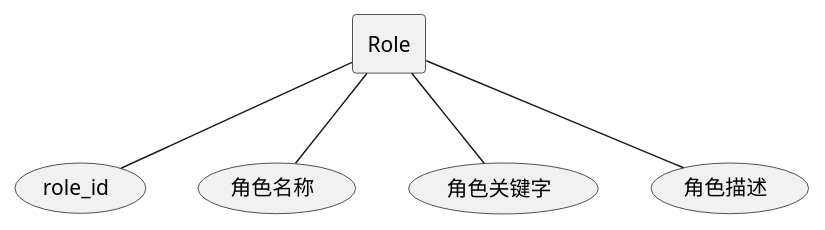
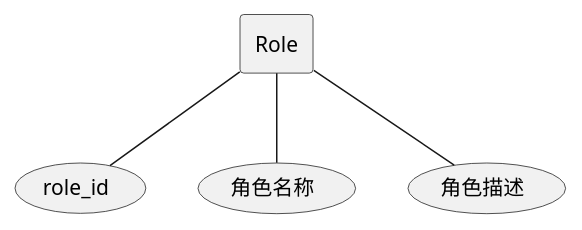
The sixth of 30 diagrams in docs/UML/plantuml.md (xiaokangxxs/notebook), drawn with PlantUML before and after one commit. The commit also changed other lines of this file and 2 other files, not shown here.

Commit message:
update hadoop-ha and update familyaccount-plantuml

````diff
--- a/docs/UML/plantuml.md
+++ b/docs/UML/plantuml.md
@@ -143,9 +133,8 @@
 ```plantuml
 @startuml
 rectangle Role
 Role -- (role_id)
 Role -- (角色名称)
-Role -- (角色关键字)
 Role -- (角色描述)
 @enduml
 ```
````
